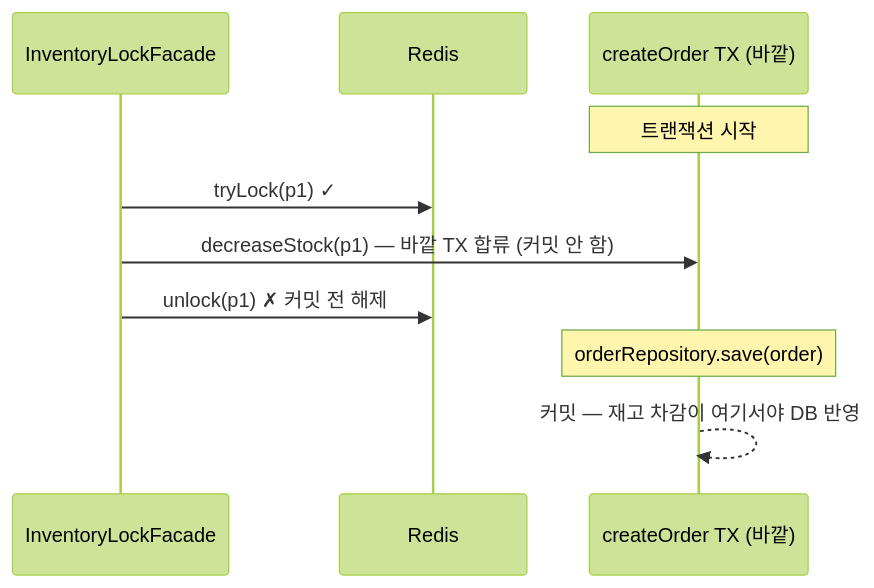
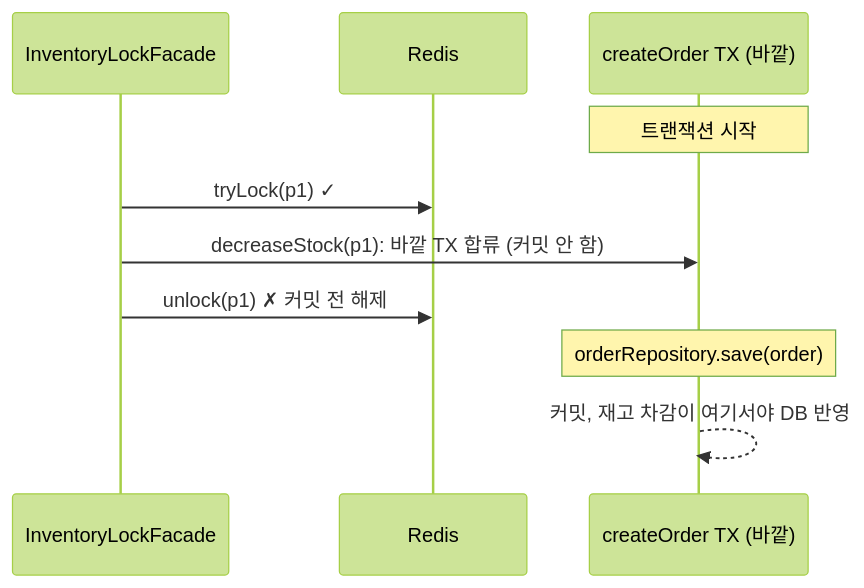
The second of 3 diagrams in src/content/blog/peekcart-09-inventory-lock-defense.md (Kimgyuilli/blog), drawn with Mermaid (forest theme) before and after one commit. The commit also changed other lines of this file and 19 other files, not shown here.

````diff
--- a/src/content/blog/peekcart-09-inventory-lock-defense.md
+++ b/src/content/blog/peekcart-09-inventory-lock-defense.md
@@ -207,12 +209,12 @@
 ```mermaid
 sequenceDiagram
     participant F as InventoryLockFacade
     participant R as Redis
     participant TX as createOrder TX (바깥)
     Note over TX: 트랜잭션 시작
     F->>R: tryLock(p1) ✓
-    F->>TX: decreaseStock(p1) — 바깥 TX 합류 (커밋 안 함)
+    F->>TX: decreaseStock(p1): 바깥 TX 합류 (커밋 안 함)
     F->>R: unlock(p1) ✗ 커밋 전 해제
     Note over TX: orderRepository.save(order)
-    TX-->>TX: 커밋 — 재고 차감이 여기서야 DB 반영
+    TX-->>TX: 커밋, 재고 차감이 여기서야 DB 반영
 ```  
````
